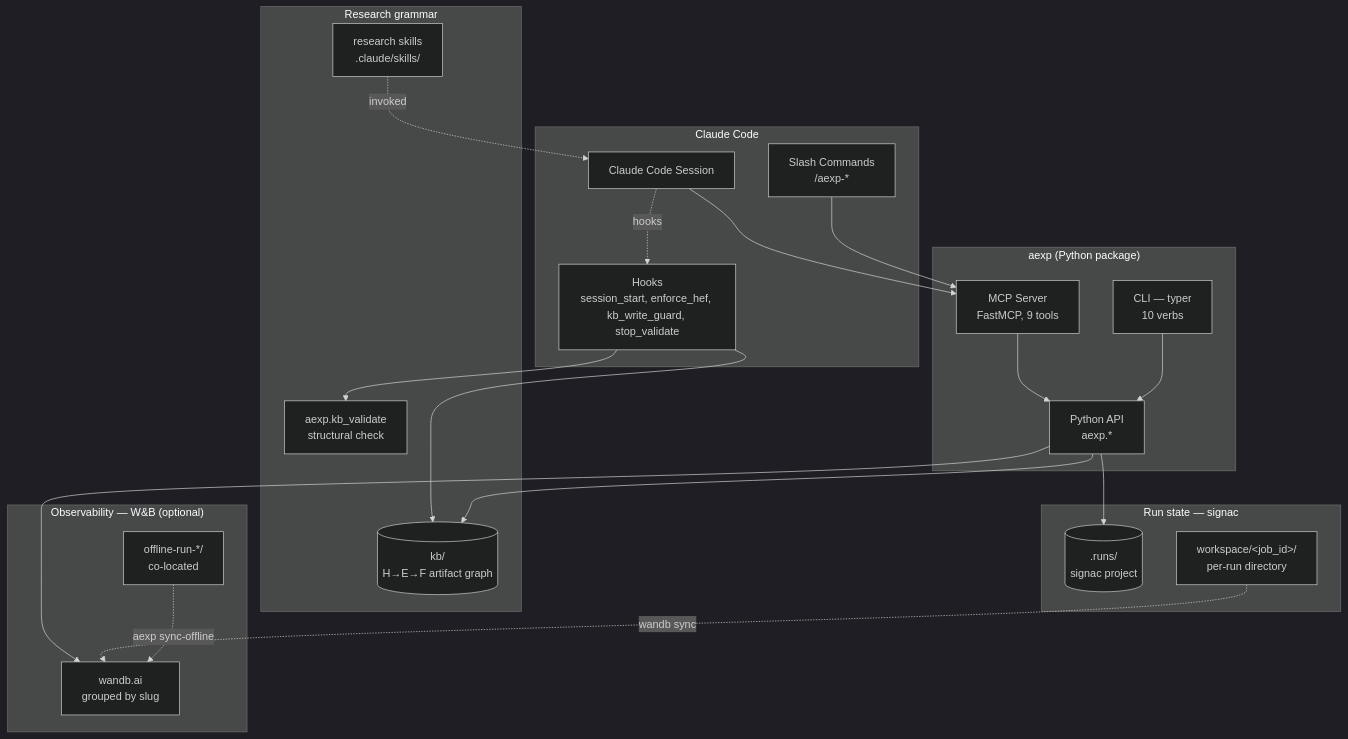
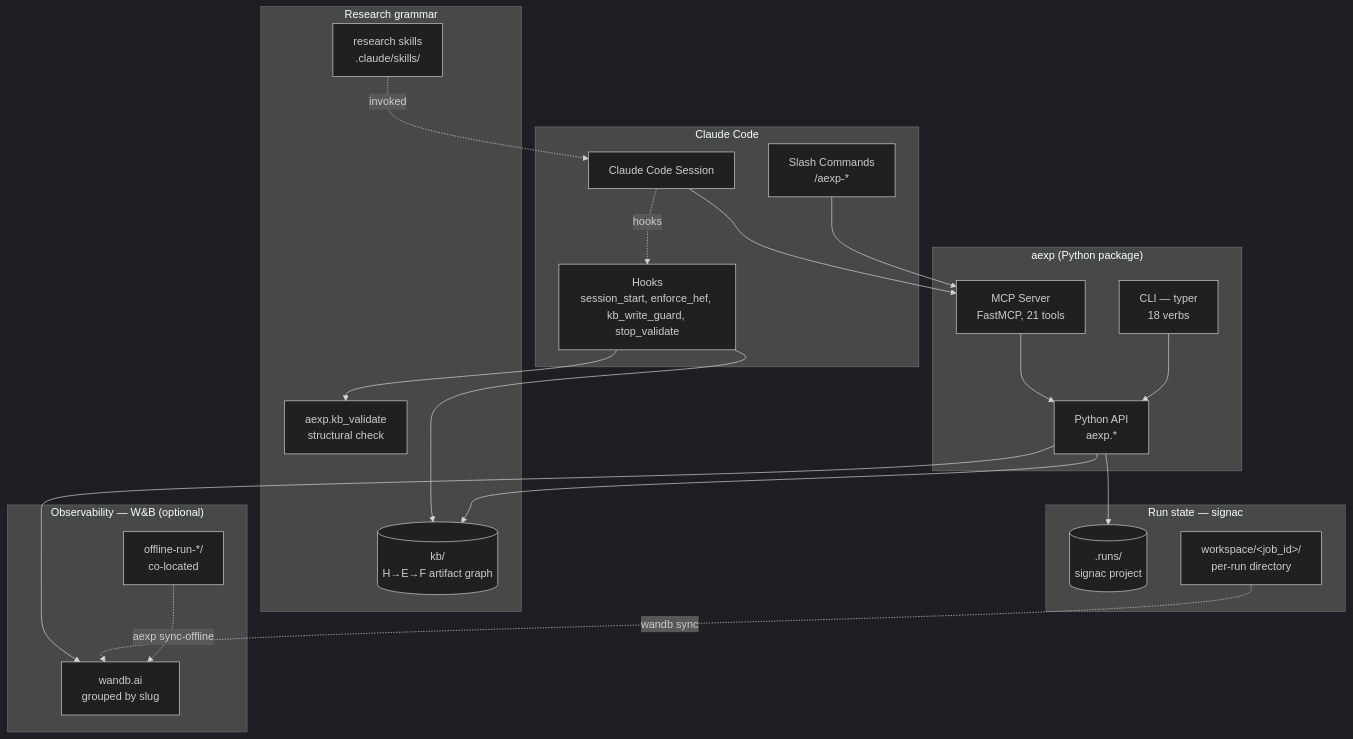
One commit to KadenMc/agentic-experiments changed the diagram in README.md. Above: the diagram before and after it, drawn with Mermaid (dark theme). The commit also changed other lines of this file, not shown here.

````diff
--- a/README.md
+++ b/README.md
@@ -132,44 +134,44 @@
 ```mermaid
 graph TB
     subgraph "Claude Code"
         CC[Claude Code Session]
         SC[Slash Commands<br/>/aexp-*]
         HOOKS[Hooks<br/>session_start, enforce_hef, kb_write_guard, stop_validate]
     end
 
     subgraph "aexp (Python package)"
-        MCP[MCP Server<br/>FastMCP, 9 tools]
-        CLI[CLI — typer<br/>10 verbs]
+        MCP[MCP Server<br/>FastMCP, 21 tools]
+        CLI[CLI — typer<br/>18 verbs]
         API[Python API<br/>aexp.*]
     end
 
     subgraph "Research grammar"
         KB[(kb/<br/>H→E→F artifact graph)]
         SKILLS[research skills<br/>.claude/skills/]
         VALID[aexp.kb_validate<br/>structural check]
     end
 
     subgraph "Run state — signac"
         SIGNAC[(.runs/<br/>signac project)]
         JOBS[workspace/&lt;job_id&gt;/<br/>per-run directory]
     end
 
     subgraph "Observability — W&B (optional)"
         WB[wandb.ai<br/>grouped by slug]
         OFFLINE[offline-run-*/<br/>co-located]
     end
 
     CC --> MCP
     SC --> MCP
     CC -.hooks.-> HOOKS
     HOOKS --> KB
     HOOKS --> VALID
     MCP --> API
     CLI --> API
     API --> KB
     API --> SIGNAC
     API --> WB
     JOBS -.wandb sync.-> WB
     OFFLINE -.aexp sync-offline.-> WB
     SKILLS -.invoked.-> CC
 ```
````
